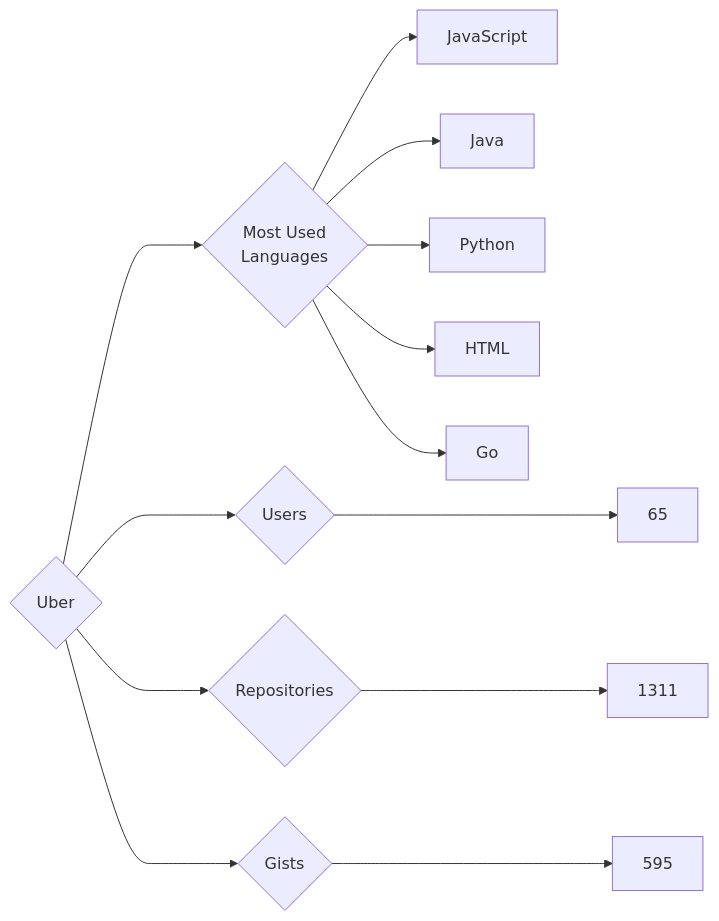
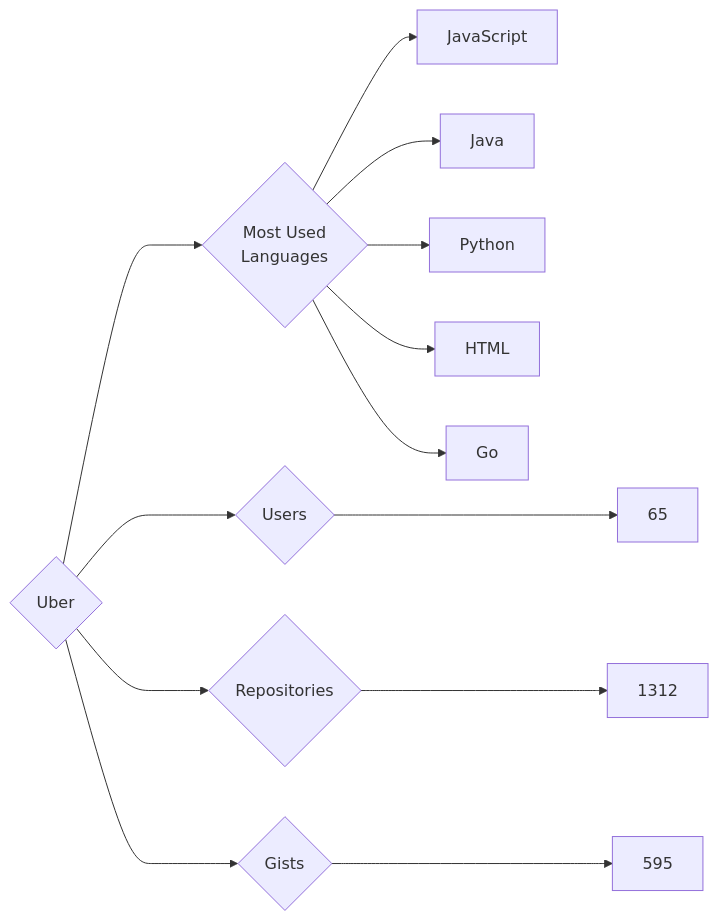
The diagram in targets/Uber/README.md (trickest/insiders), drawn with Mermaid before and after one commit. The commit also changed 444 other files, not shown here.

````diff
--- a/targets/Uber/README.md
+++ b/targets/Uber/README.md
@@ -3,13 +3,13 @@
 ```mermaid
 graph LR
 COMPANY_NAME{Uber}
 COMPANY_NAME ---> U{Users} ---> UN[65]
-COMPANY_NAME ---> R{Repositories} ---> RN[1311]
+COMPANY_NAME ---> R{Repositories} ---> RN[1312]
 COMPANY_NAME ---> G{Gists} ---> GN[595]
 COMPANY_NAME ---> ML{Most Used<br>Languages}
 ML --> JavaScript[JavaScript]
 ML --> Java[Java]
 ML --> Python[Python]
 ML --> HTML[HTML]
 ML --> Go[Go]
 ```
````
